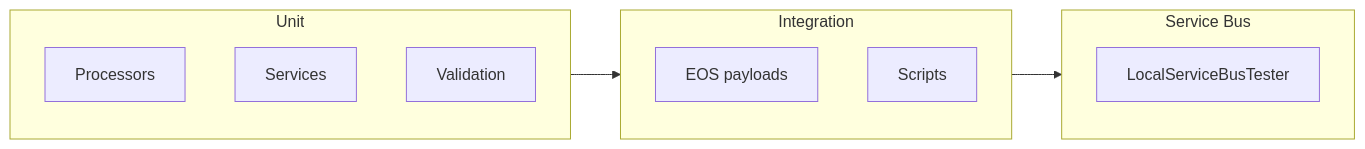
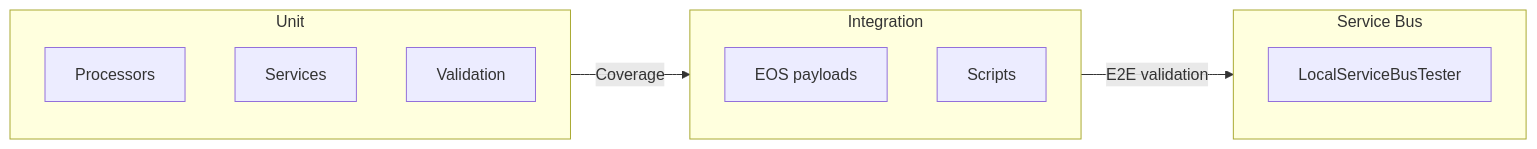
The tenth of 11 diagrams in presentation.md (alienfacepalm/columbia-social-order-use-case), drawn with Mermaid before and after one commit. The commit also changed other lines of this file and 10 other files, not shown here.

First line of the commit message:
Speaker timer, layout, and diagram fixes

````diff
--- a/presentation.md
+++ b/presentation.md
@@ -365,17 +363,17 @@
 ```mermaid
 flowchart LR
     subgraph unit["Unit"]
         U1["Processors"]
         U2["Services"]
         U3["Validation"]
     end
     subgraph integration["Integration"]
         I1["EOS payloads"]
         I2["Scripts"]
     end
     subgraph servicebus["Service Bus"]
         SB["LocalServiceBusTester"]
     end
-    unit --> integration
-    integration --> servicebus
+    unit -->|"Coverage"| integration
+    integration -->|"E2E validation"| servicebus
 ```
````
